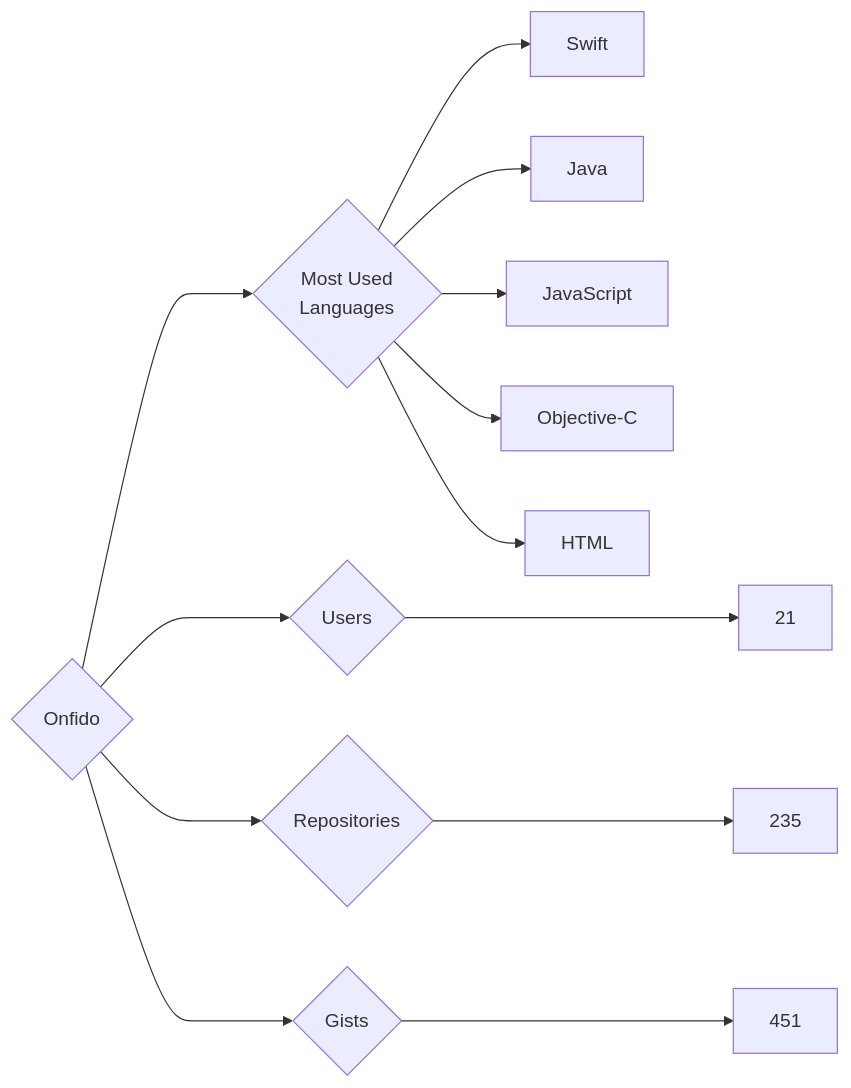
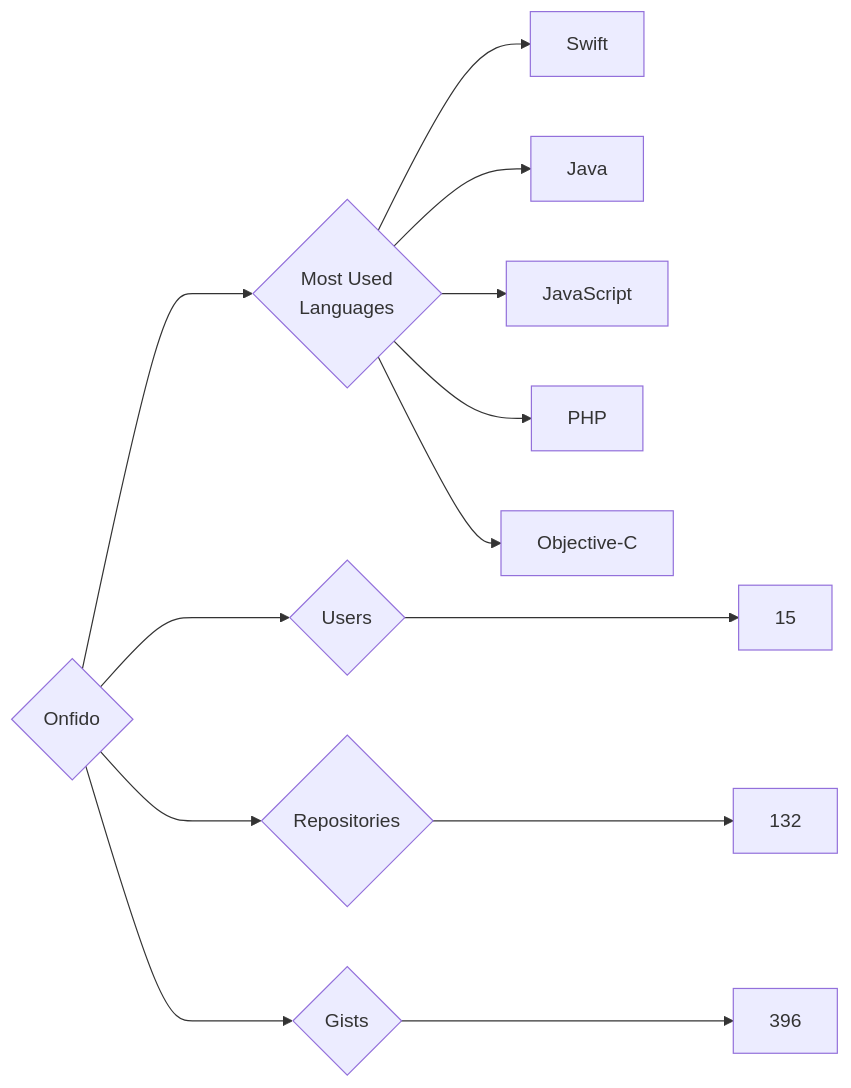
The diagram in targets/Onfido/README.md (trickest/insiders), drawn with Mermaid before and after one commit. The commit also changed 965 other files, not shown here.

````diff
--- a/targets/Onfido/README.md
+++ b/targets/Onfido/README.md
@@ -3,13 +3,13 @@
 ```mermaid
 graph LR
 COMPANY_NAME{Onfido}
-COMPANY_NAME ---> U{Users} ---> UN[21]
-COMPANY_NAME ---> R{Repositories} ---> RN[235]
-COMPANY_NAME ---> G{Gists} ---> GN[451]
+COMPANY_NAME ---> U{Users} ---> UN[15]
+COMPANY_NAME ---> R{Repositories} ---> RN[132]
+COMPANY_NAME ---> G{Gists} ---> GN[396]
 COMPANY_NAME ---> ML{Most Used<br>Languages}
 ML --> Swift[Swift]
 ML --> Java[Java]
 ML --> JavaScript[JavaScript]
+ML --> PHP[PHP]
 ML --> Objective-C[Objective-C]
-ML --> HTML[HTML]
 ```
````
